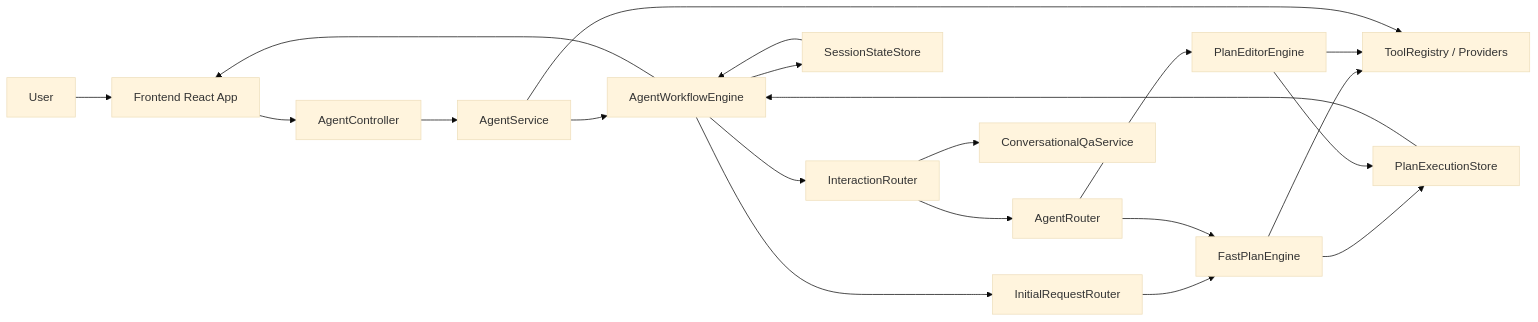
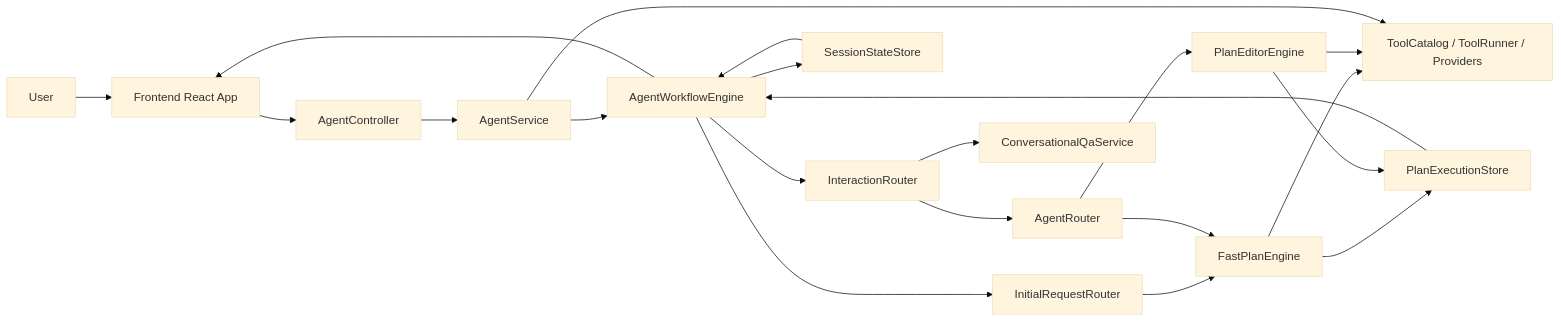
The first of 9 diagrams in docs/INTERACTION_ROUTING_ARCHITECTURE.md (zenojor/plan-pal), drawn with Mermaid (base theme) before and after one commit. The commit also changed other lines of this file and 60 other files, not shown here.

First line of the commit message:
更新使用Spring AI Alibaba框架 统一上下文和工具调用层 feat: Implement new context and graph structures for planning engine

````diff
--- a/docs/INTERACTION_ROUTING_ARCHITECTURE.md
+++ b/docs/INTERACTION_ROUTING_ARCHITECTURE.md
@@ -25,42 +29,42 @@
 ```mermaid
 flowchart LR
   User["User"]
   FE["Frontend React App"]
   Controller["AgentController"]
   Service["AgentService"]
   Workflow["AgentWorkflowEngine"]
   InitialRouter["InitialRequestRouter"]
   InteractionRouter["InteractionRouter"]
   AgentRouter["AgentRouter"]
   FastPlan["FastPlanEngine"]
   Editor["PlanEditorEngine"]
   QA["ConversationalQaService"]
   Store["PlanExecutionStore"]
   Session["SessionStateStore"]
-  Tools["ToolRegistry / Providers"]
+  Tools["ToolCatalog / ToolRunner / Providers"]
 
   User --> FE
   FE --> Controller
   Controller --> Service
   Service --> Workflow
 
   Workflow --> InitialRouter
   Workflow --> InteractionRouter
   InteractionRouter --> QA
   InteractionRouter --> AgentRouter
   AgentRouter --> Editor
   InitialRouter --> FastPlan
   AgentRouter --> FastPlan
 
   FastPlan --> Tools
   Editor --> Tools
   Service --> Tools
 
   FastPlan --> Store
   Editor --> Store
   Store --> Workflow
   Workflow --> Session
   Session --> Workflow
 
   Workflow --> FE
 ```
````
